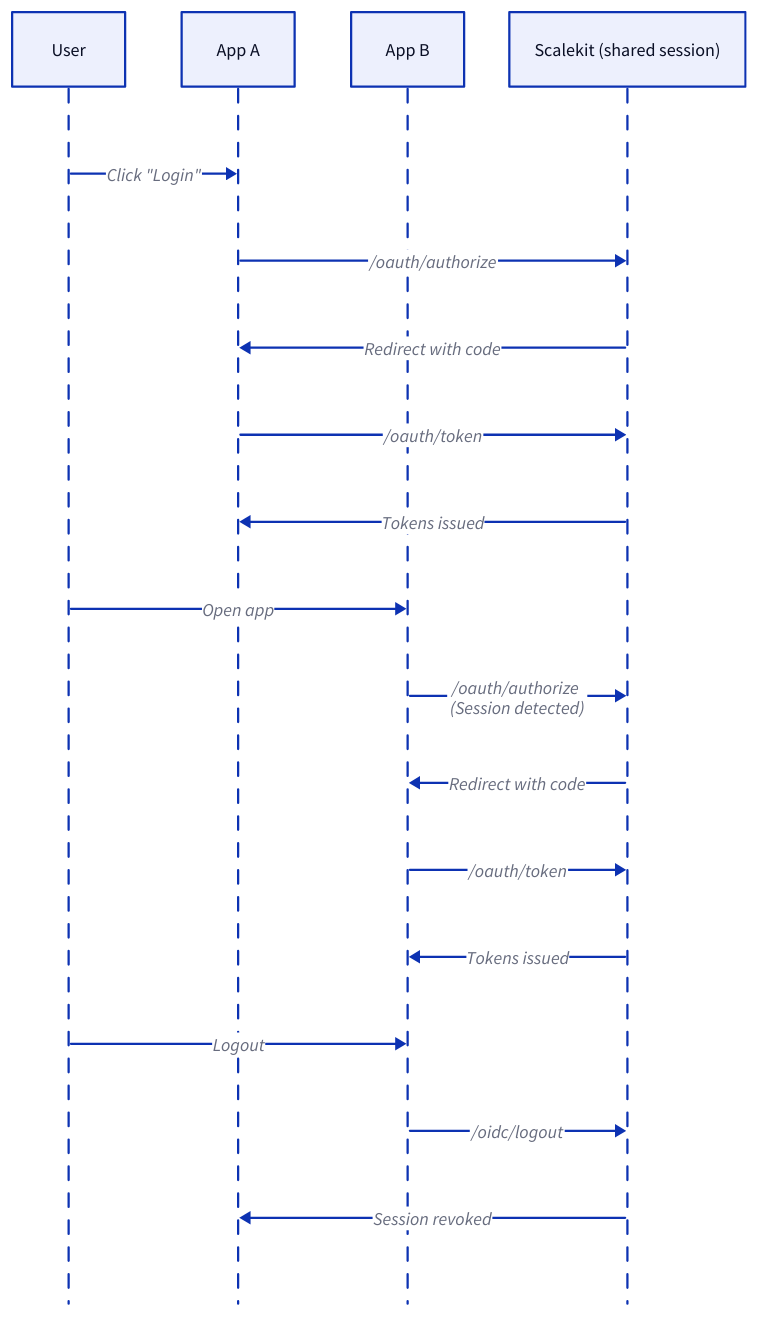
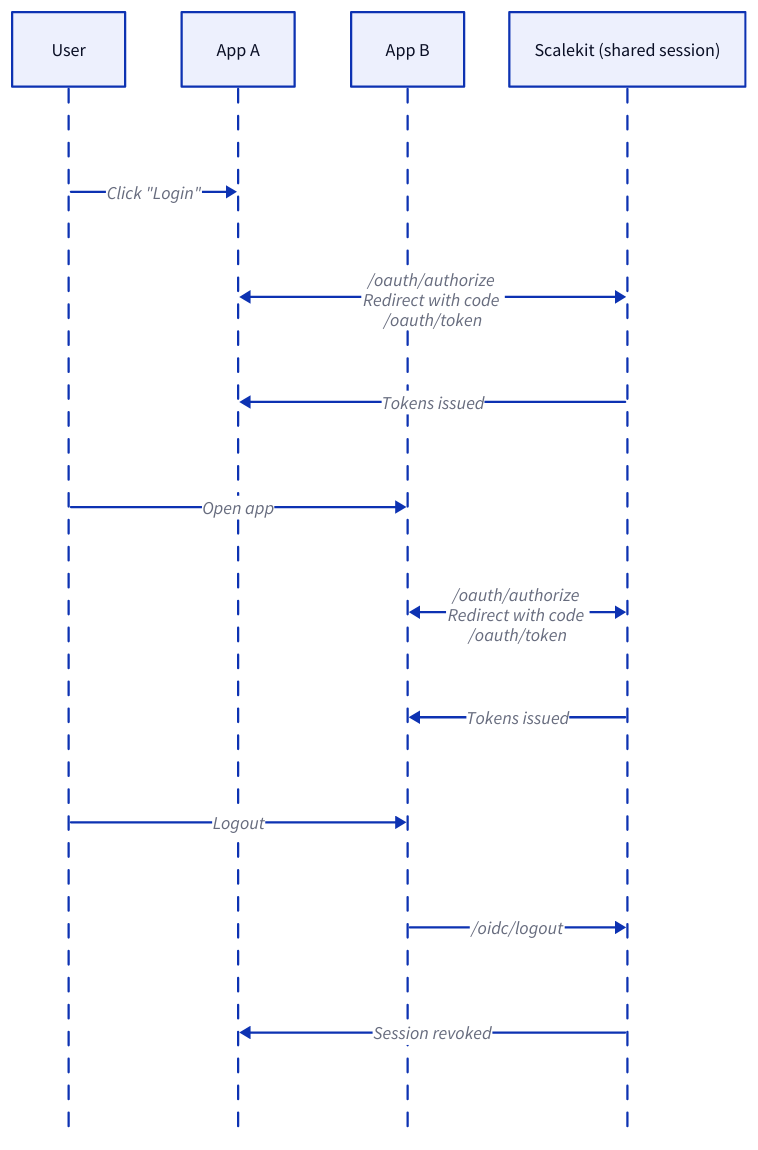
Before and after one commit to scalekit-inc/developer-docs: the diagram in src/content/docs/authenticate/fsa/multiapp/overview.mdx, drawn with D2. The commit also changed other lines of this file and 3 other files, not shown here.

````diff
--- a/src/content/docs/authenticate/fsa/multiapp/overview.mdx
+++ b/src/content/docs/authenticate/fsa/multiapp/overview.mdx
@@ -45,24 +45,20 @@
-```d2
+```d2 pad=50
 shape: sequence_diagram
 
 User
 "App A"
 "App B"
 "Scalekit (shared session)"
 
 User -> "App A": Click "Login"
-"App A" -> "Scalekit (shared session)": /oauth/authorize
-"Scalekit (shared session)" -> "App A": Redirect with code
-"App A" -> "Scalekit (shared session)": /oauth/token
+"App A" <> "Scalekit (shared session)": "/oauth/authorize \n Redirect with code \n /oauth/token"
 "Scalekit (shared session)" -> "App A": Tokens issued
 
 User -> "App B": Open app
-"App B" -> "Scalekit (shared session)": /oauth/authorize \n (Session detected)
-"Scalekit (shared session)" -> "App B": Redirect with code
-"App B" -> "Scalekit (shared session)": /oauth/token
+"App B" <> "Scalekit (shared session)": "/oauth/authorize \n Redirect with code \n /oauth/token"
 "Scalekit (shared session)" -> "App B": Tokens issued
 
 User -> "App B": Logout
 "App B" -> "Scalekit (shared session)": /oidc/logout
 "Scalekit (shared session)" -> "App A": Session revoked
 ```
````
